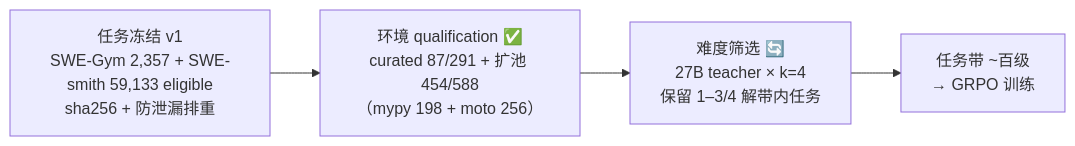
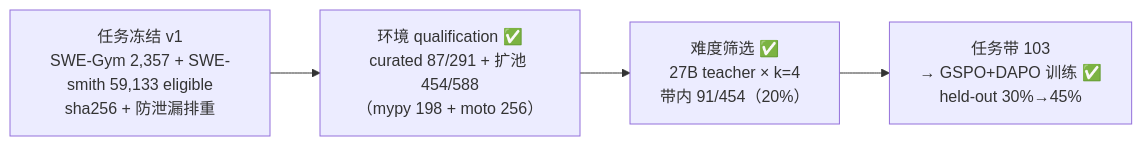
One commit to tlysanhuo/code-agent changed the second of 2 diagrams in README.md. Above: the diagram before and after it, drawn with Mermaid. The commit also changed other lines of this file and 22 other files, not shown here.

````diff
--- a/README.md
+++ b/README.md
@@ -37,6 +38,6 @@
 ```mermaid
 flowchart LR
     F["任务冻结 v1<br/>SWE-Gym 2,357 + SWE-smith 59,133 eligible<br/>sha256 + 防泄漏排重"] --> Q["环境 qualification ✅<br/>curated 87/291 + 扩池 454/588<br/>（mypy 198 + moto 256）"]
-    Q --> S["难度筛选 🔄<br/>27B teacher × k=4<br/>保留 1–3/4 解带内任务"]
-    S --> B2["任务带 ~百级<br/>→ GRPO 训练"]
+    Q --> S["难度筛选 ✅<br/>27B teacher × k=4<br/>带内 91/454（20%）"]
+    S --> B2["任务带 103<br/>→ GSPO+DAPO 训练 ✅<br/>held-out 30%→45%"]
 ```
````
